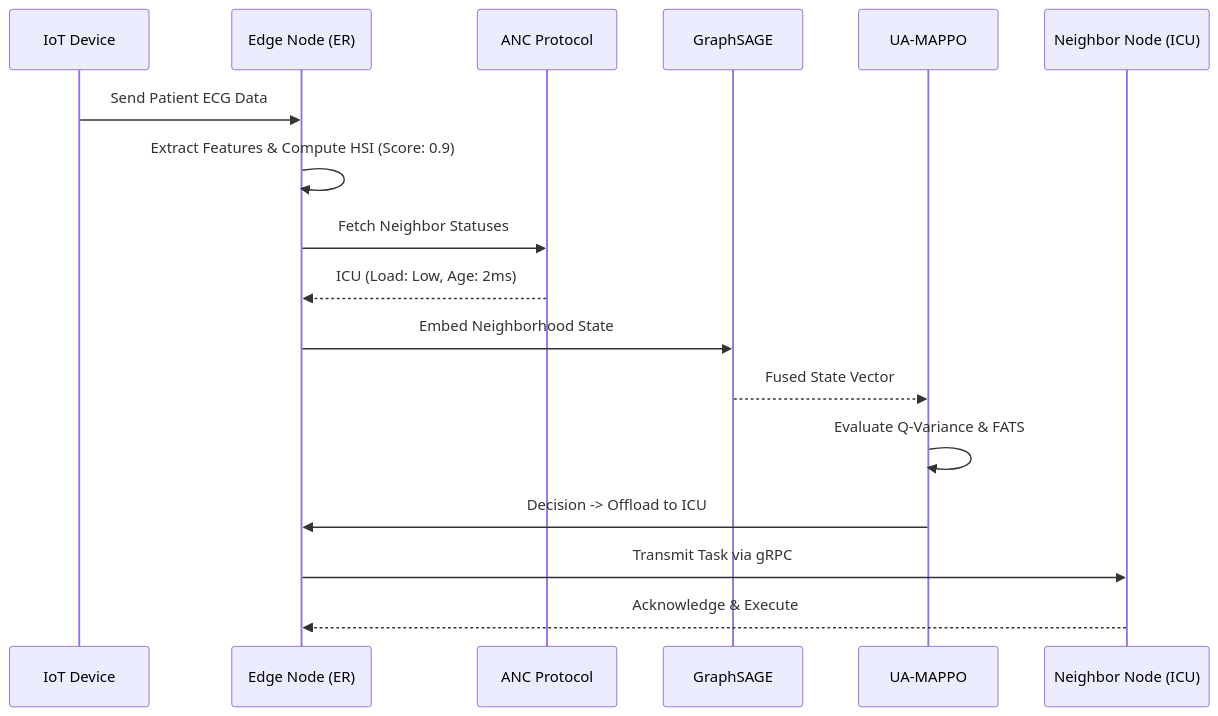
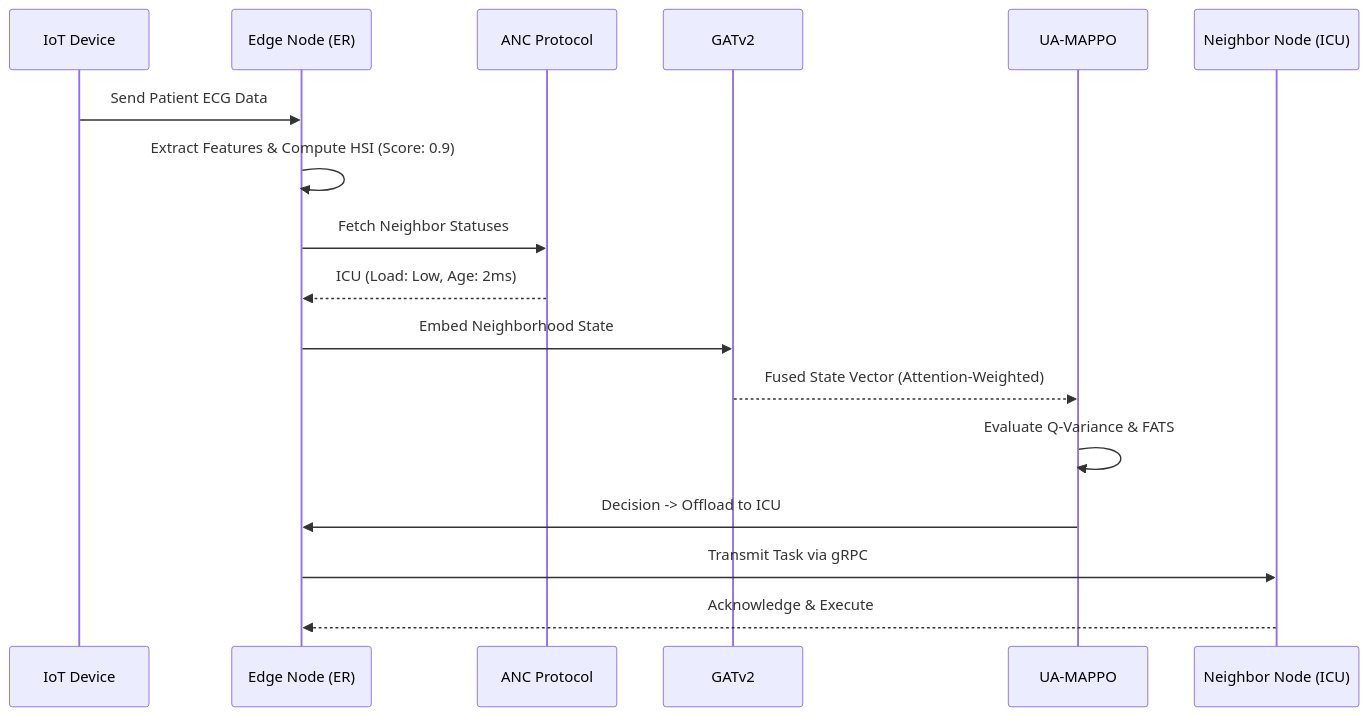
One commit to Abhishek-2027/Graph-Neural-Multi-Agent-Reinforcement-Learning-for-Fully-Decentralized-Hospital-Edge-Intelligence changed the second of 4 diagrams in README.md. Above: the diagram before and after it, drawn with Mermaid. The commit also changed other lines of this file and 27 other files, not shown here.

````diff
--- a/README.md
+++ b/README.md
@@ -235,20 +235,20 @@
 ```mermaid
 sequenceDiagram
     participant IoMT as IoT Device
     participant Agent as Edge Node (ER)
     participant ANC as ANC Protocol
-    participant GNN as GraphSAGE
+    participant GNN as GATv2
     participant RL as UA-MAPPO
     participant Peer as Neighbor Node (ICU)
     
     IoMT->>Agent: Send Patient ECG Data
     Agent->>Agent: Extract Features & Compute HSI (Score: 0.9)
     Agent->>ANC: Fetch Neighbor Statuses
     ANC-->>Agent: ICU (Load: Low, Age: 2ms)
     Agent->>GNN: Embed Neighborhood State
-    GNN-->>RL: Fused State Vector
+    GNN-->>RL: Fused State Vector (Attention-Weighted)
     RL->>RL: Evaluate Q-Variance & FATS
     RL->>Agent: Decision -> Offload to ICU
     Agent->>Peer: Transmit Task via gRPC
     Peer-->>Agent: Acknowledge & Execute
 ```
````
